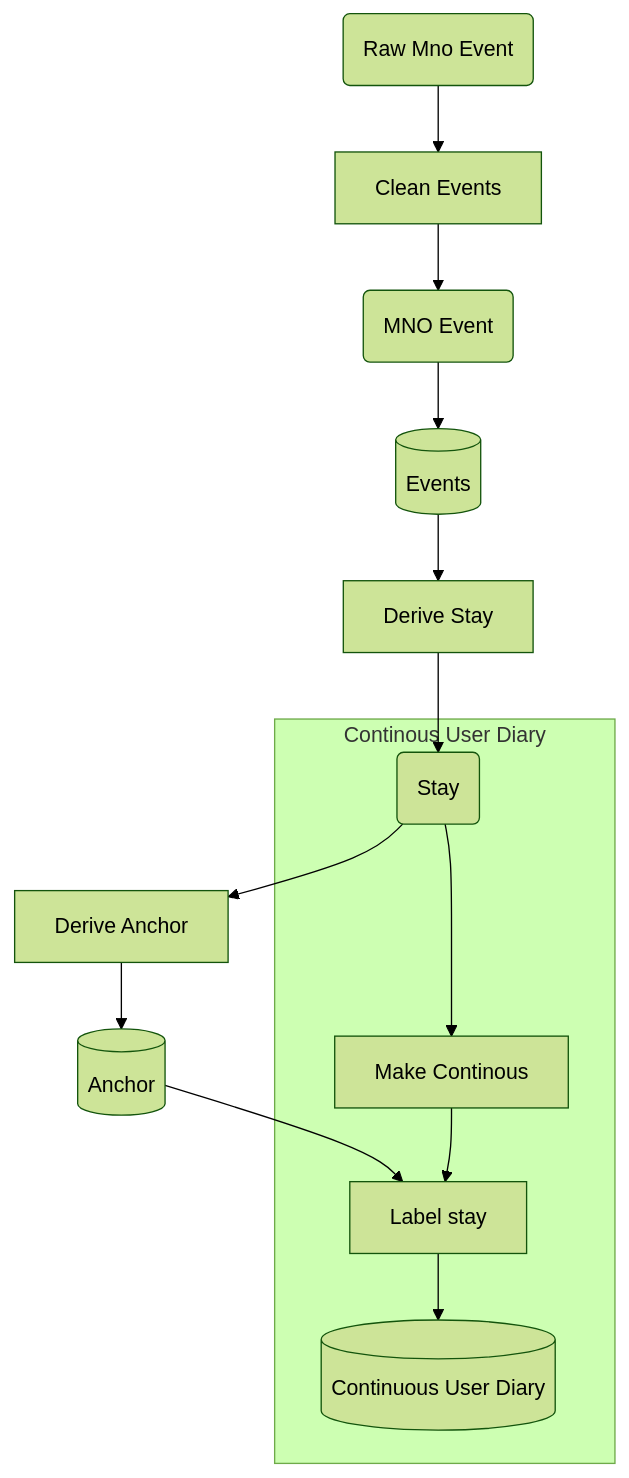
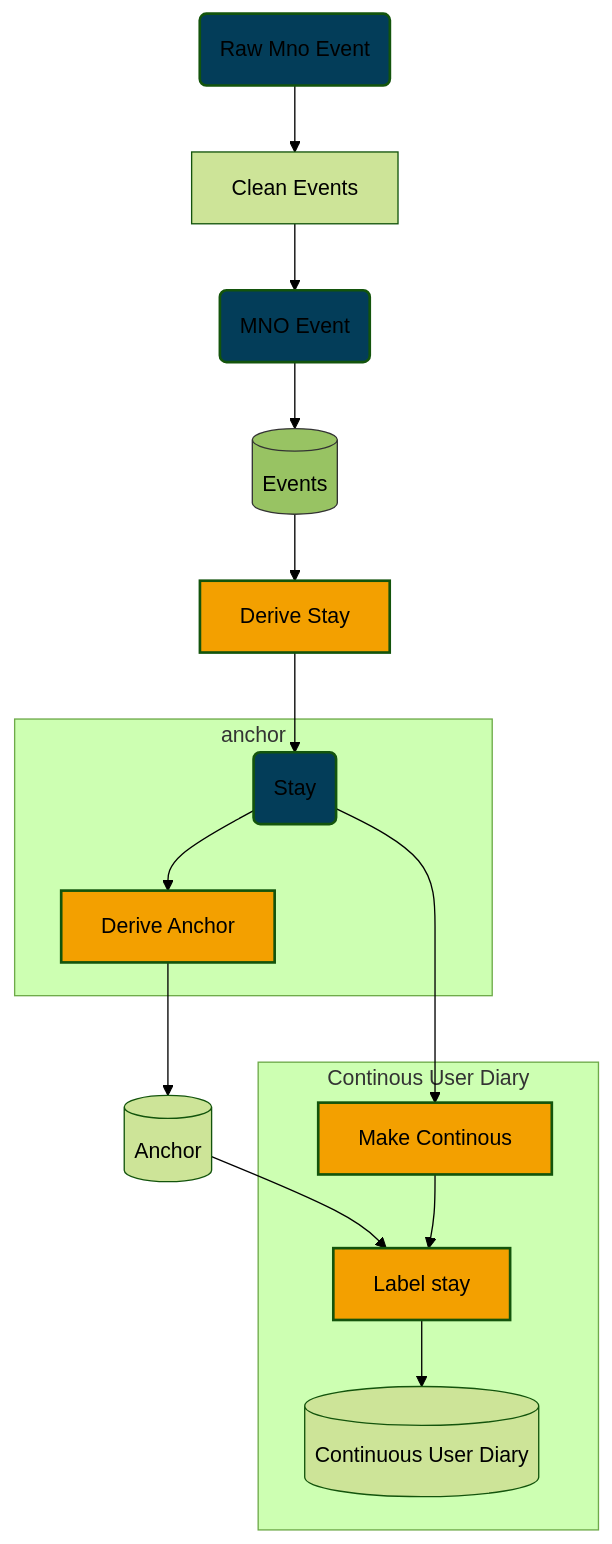
Before and after one commit to djvanderlaan/pipeline: the diagram in overall.md, drawn with Mermaid (forest theme). The commit also changed 1 other file, not shown here.

Commit message:
tweaking around

````diff
--- a/overall.md
+++ b/overall.md
@@ -26,27 +26,37 @@
 ```mermaid
+
 
 flowchart TD
 
-rawevent:data("Raw Mno Event")
-event:data("MNO Event")
-stay("Stay")
-event:db[("Events")]
+classDef data fill:#033d59,stroke-width:2px;
+classDef process fill:#f3a000,stroke-width:2px;
+classDef db fill:#98c363,stroke:#333333;
+
+rawevent("Raw Mno Event"):::data
+event:data("MNO Event"):::data
+stay("Stay"):::data
+event:db[("Events")]:::db
 anchor_db[("Anchor")]
 cud_db[("Continuous User Diary")]
 
-derive_stay["Derive Stay"]
-make_cont["Make Continous"]
-label["Label stay"]
+derive_stay["Derive Stay"]:::process
+derive_achor["Derive Anchor"]:::process
+make_cont["Make Continous"]:::process
+label["Label stay"]:::process
 
-rawevent:data --> CleanUp["Clean Events"] --> event:data
+rawevent --> CleanUp["Clean Events"] --> event:data
 event:data --> event:db
 event:db --> derive_stay --> stay
 
-stay --> derive_achor["Derive Anchor"] --> anchor_db
+subgraph anchor
+stay --> derive_achor
+end
+
+derive_achor --> anchor_db
 anchor_db --> label
 
 subgraph cud["Continous User Diary"]
 stay --> make_cont --> label
 label --> cud_db
 end 
 ```
````
